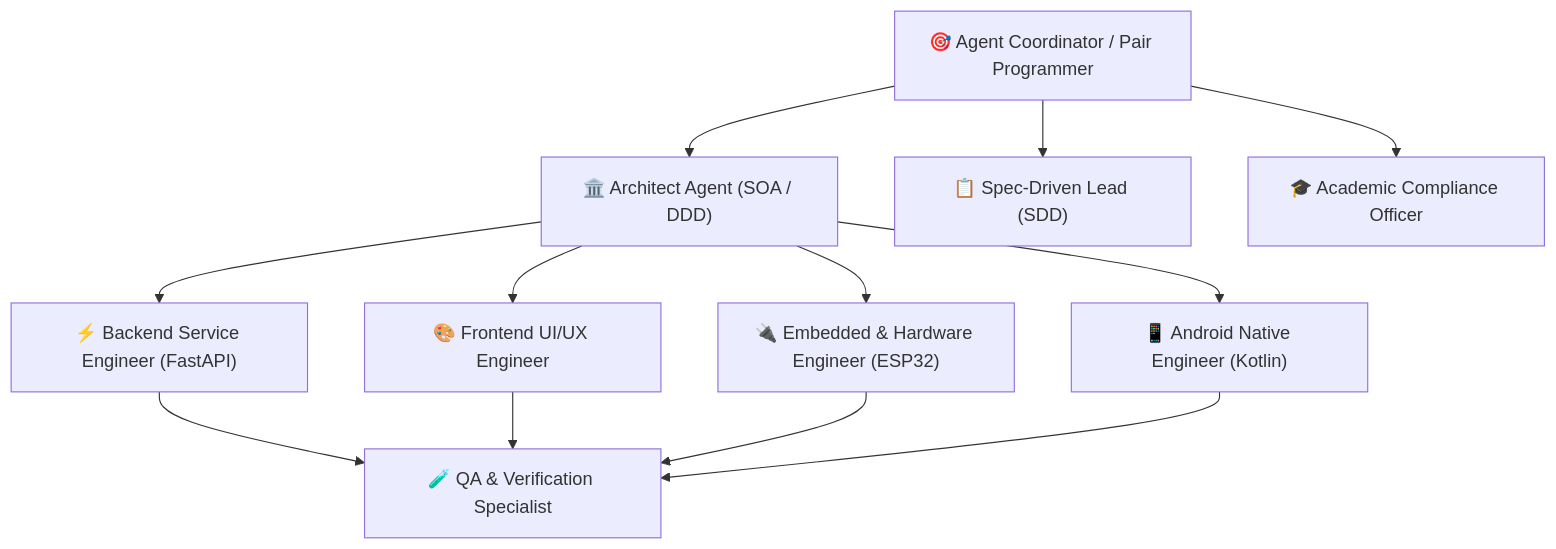
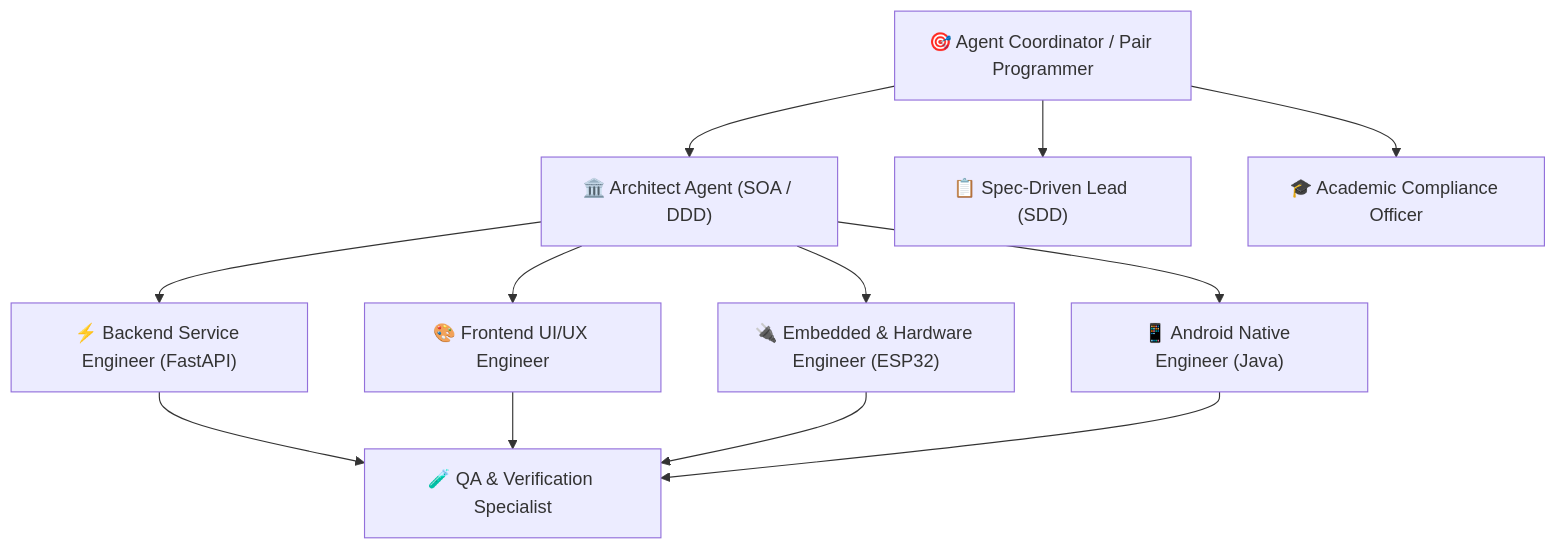
One commit to jasmnogu93/AGROSENSE_AI changed the diagram in AGENTS.md. Above: the diagram before and after it, drawn with Mermaid. The commit also changed other lines of this file and 14 other files, not shown here.

````diff
--- a/AGENTS.md
+++ b/AGENTS.md
@@ -16,16 +16,16 @@
 ```mermaid
 graph TD
     Coordinador["🎯 Agent Coordinator / Pair Programmer"] --> Architect["🏛️ Architect Agent (SOA / DDD)"]
     Coordinador --> SpecLead["📋 Spec-Driven Lead (SDD)"]
     Coordinador --> Academic["🎓 Academic Compliance Officer"]
     
     Architect --> BackendDev["⚡ Backend Service Engineer (FastAPI)"]
     Architect --> FrontendDev["🎨 Frontend UI/UX Engineer"]
     Architect --> IoTEngineer["🔌 Embedded & Hardware Engineer (ESP32)"]
-    Architect --> AndroidDev["📱 Android Native Engineer (Kotlin)"]
+    Architect --> AndroidDev["📱 Android Native Engineer (Java)"]
     
     BackendDev --> QA["🧪 QA & Verification Specialist"]
     FrontendDev --> QA
     IoTEngineer --> QA
     AndroidDev --> QA
 ```
````
